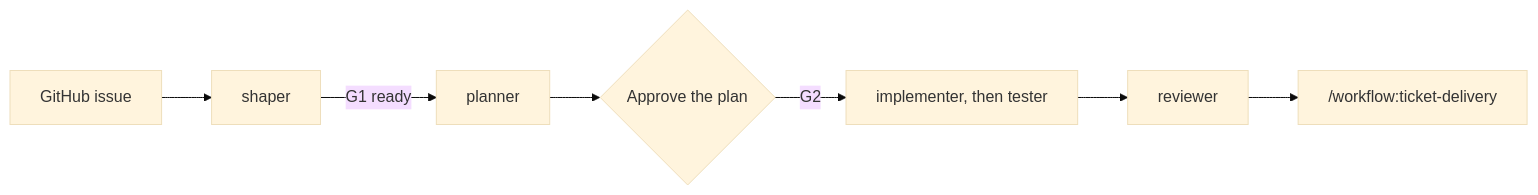
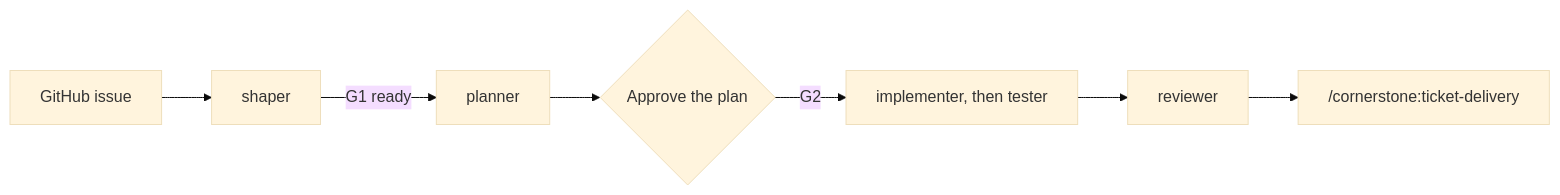
The diagram in docs/tips/spec-driven-development.md (brawblan/ai-workflow), drawn with Mermaid (base theme) before and after one commit. The commit also changed other lines of this file and 41 other files, not shown here.

First line of the commit message:
chore(plugin): rename the workflow plugin to cornerstone, and cornerstone-setup to setup

````diff
--- a/docs/tips/spec-driven-development.md
+++ b/docs/tips/spec-driven-development.md
@@ -11,9 +11,9 @@
 ```mermaid
 flowchart LR
   Issue[GitHub issue] --> Shaper[shaper]
   Shaper -->|G1 ready| Planner[planner]
   Planner --> Review{Approve the plan}
   Review -- G2 --> Build[implementer, then tester]
   Build --> Reviewer[reviewer]
-  Reviewer --> CodePR["/workflow:ticket-delivery"]
+  Reviewer --> CodePR["/cornerstone:ticket-delivery"]
 ```
````
